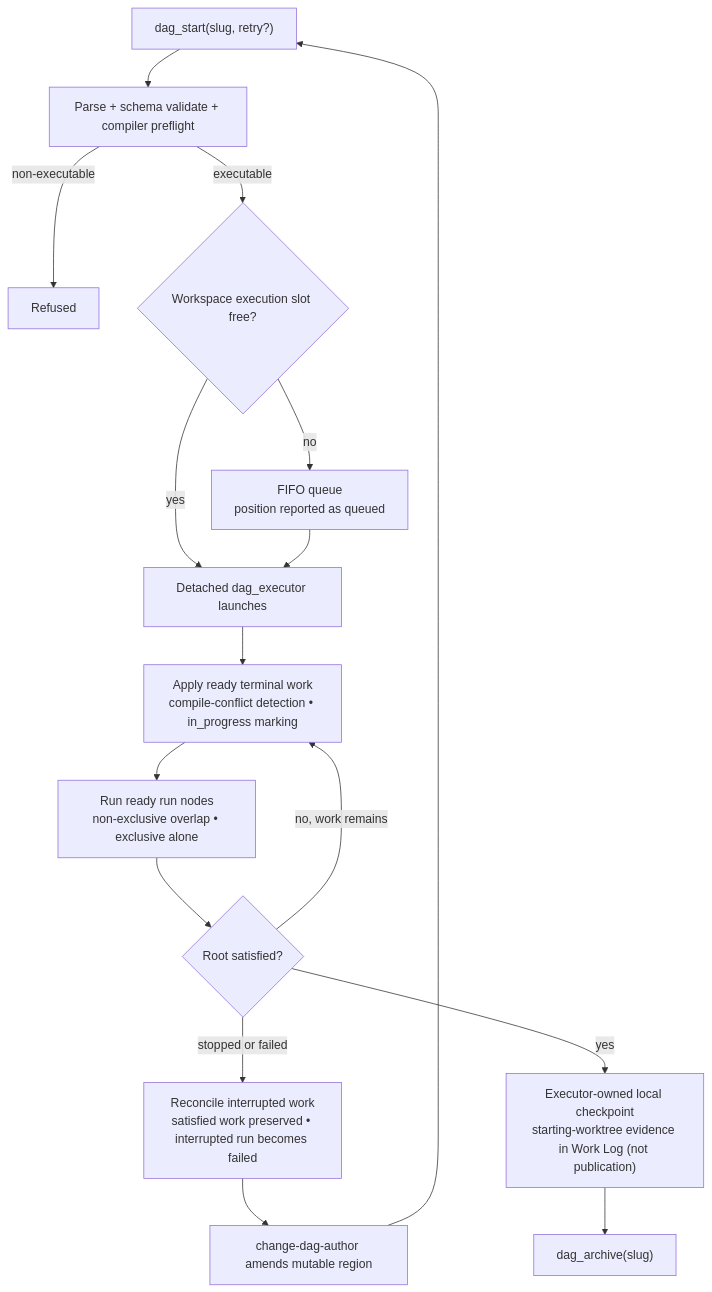
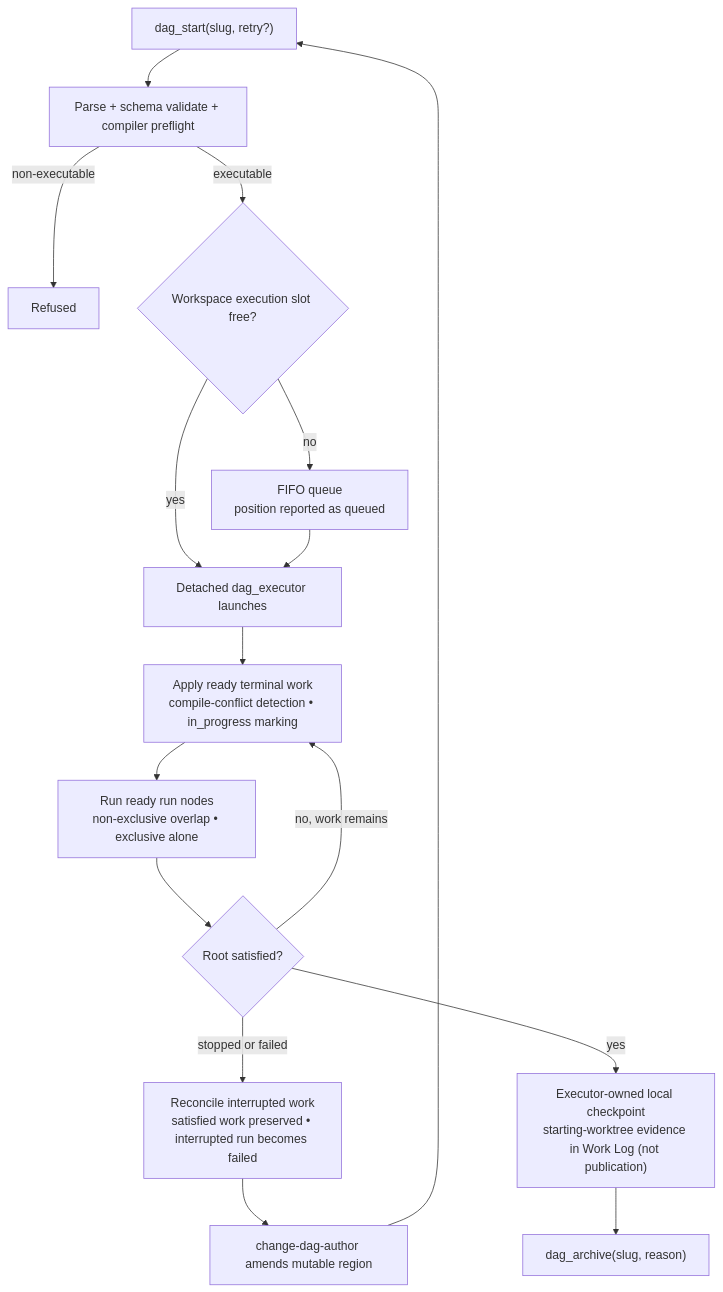
One commit to xiaden/SkyScow changed the second of 2 diagrams in docs/architecture/change-dag-lifecycle.md. Above: the diagram before and after it, drawn with Mermaid. The commit also changed other lines of this file and 25 other files, not shown here.

````diff
--- a/docs/architecture/change-dag-lifecycle.md
+++ b/docs/architecture/change-dag-lifecycle.md
@@ -41,21 +41,21 @@
 ```mermaid
 flowchart TD
     START["dag_start(slug, retry?)"] --> PF["Parse + schema validate + compiler preflight"]
     PF -->|non-executable| REFUSE["Refused"]
     PF -->|executable| SLOT{"Workspace execution slot free?"}
 
     SLOT -->|no| Q["FIFO queue<br/>position reported as queued"]
     SLOT -->|yes| RUN["Detached dag_executor launches"]
     Q --> RUN
 
     RUN --> APPLY["Apply ready terminal work<br/>compile-conflict detection • in_progress marking"]
     APPLY --> RUNS["Run ready run nodes<br/>non-exclusive overlap • exclusive alone"]
     RUNS --> STATE{"Root satisfied?"}
     STATE -->|no, work remains| APPLY
     STATE -->|stopped or failed| REC["Reconcile interrupted work<br/>satisfied work preserved • interrupted run becomes failed"]
     STATE -->|yes| CKPT["Executor-owned local checkpoint<br/>starting-worktree evidence in Work Log (not publication)"]
 
     REC --> AMEND["change-dag-author amends mutable region"]
     AMEND --> START
-    CKPT --> ARCH["dag_archive(slug)"]
+    CKPT --> ARCH["dag_archive(slug, reason)"]
 ```
````
